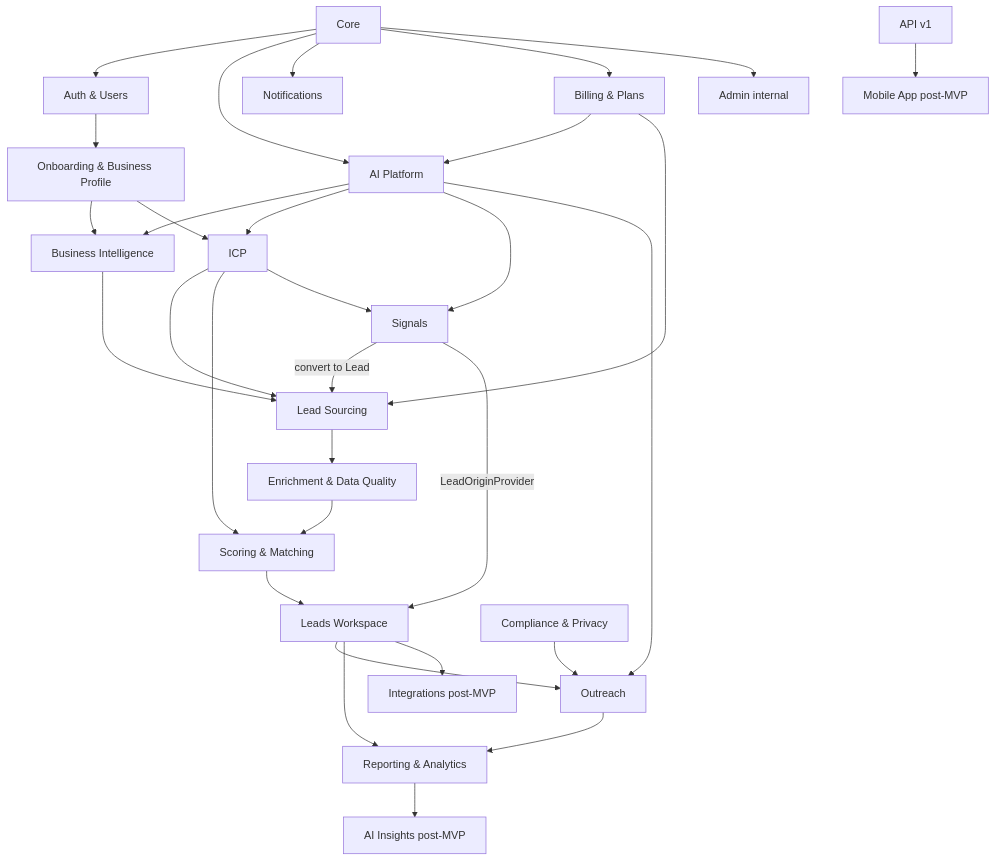
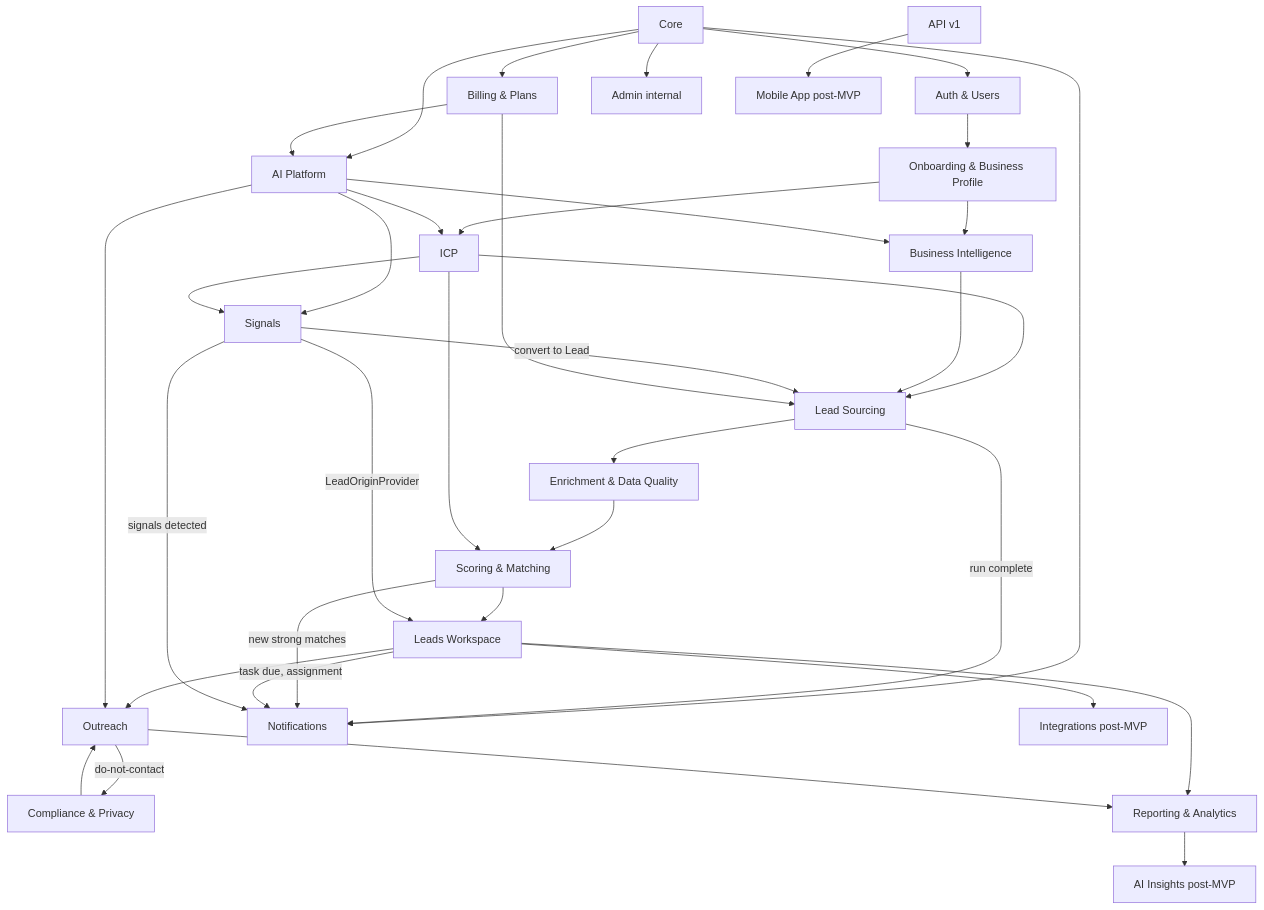
One commit to LordWatson/AlimaProspects changed the second of 2 diagrams in docs/architecture.md. Above: the diagram before and after it, drawn with Mermaid. The commit also changed other lines of this file and 106 other files, not shown here.

````diff
--- a/docs/architecture.md
+++ b/docs/architecture.md
@@ -39,33 +39,38 @@
 ```mermaid
 flowchart TD
   Core --> Auth[Auth & Users]
   Core --> AIp[AI Platform]
   Auth --> Onb[Onboarding & Business Profile]
   Onb --> BI[Business Intelligence]
   Onb --> ICP
   AIp --> BI
   AIp --> ICP
   ICP --> LS[Lead Sourcing]
   BI --> LS
   LS --> Enr[Enrichment & Data Quality]
   Enr --> Sc[Scoring & Matching]
   ICP --> Sc
   Sc --> LW[Leads Workspace]
   AIp --> Sig[Signals]
   ICP --> Sig
   Sig -->|convert to Lead| LS
   Sig -->|LeadOriginProvider| LW
   LW --> Out[Outreach]
   AIp --> Out
   Comp[Compliance & Privacy] --> Out
   LW --> Rep[Reporting & Analytics]
   Out --> Rep
   Rep --> Ins[AI Insights post-MVP]
   Core --> Notif[Notifications]
+  LS -->|run complete| Notif
+  Sc -->|new strong matches| Notif
+  LW -->|task due, assignment| Notif
+  Sig -->|signals detected| Notif
+  Out -->|do-not-contact| Comp
   Core --> Bill[Billing & Plans]
   Bill --> AIp
   Bill --> LS
   Core --> Admin[Admin internal]
   LW --> Integ[Integrations post-MVP]
   API[API v1] --> Mob[Mobile App post-MVP]
 ```
````
